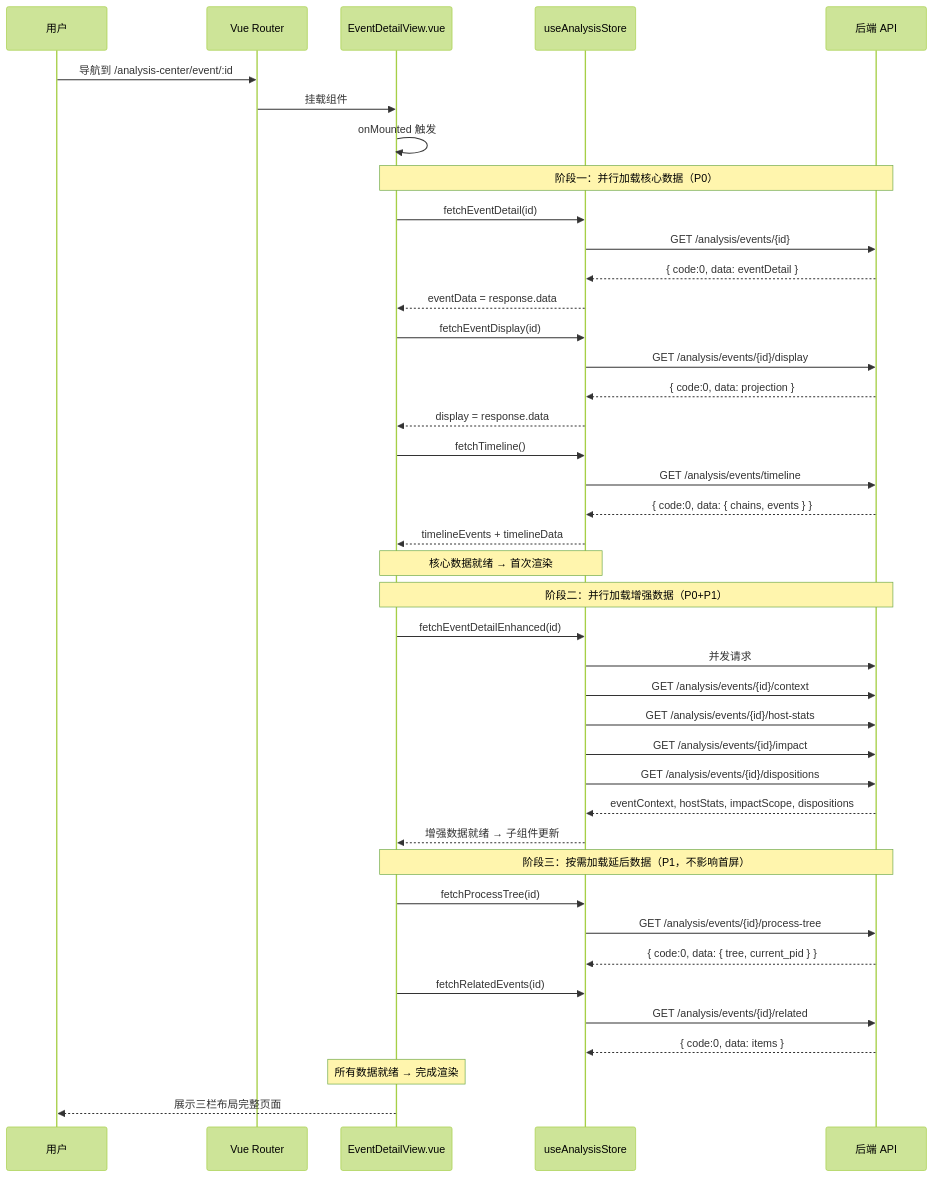
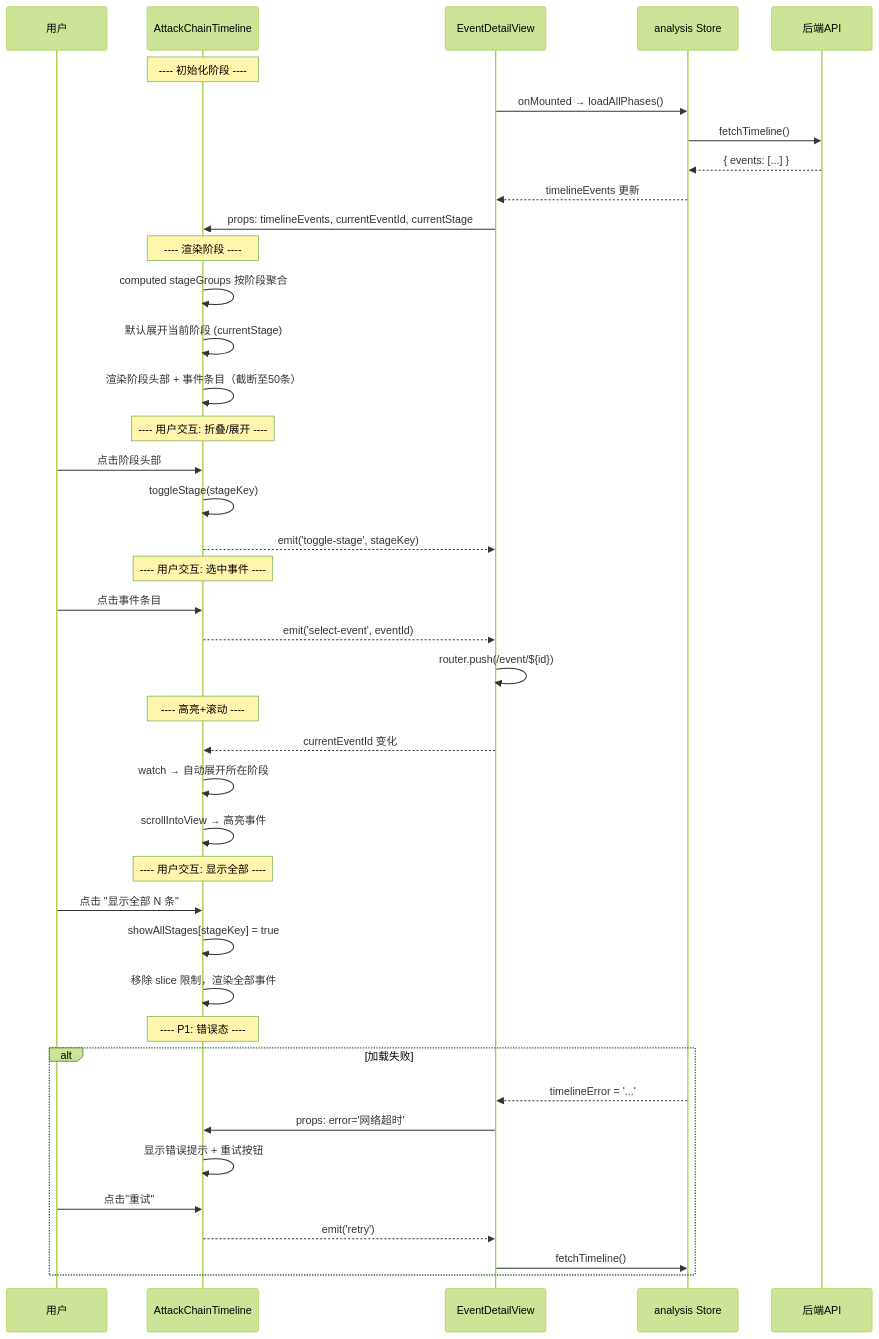
The diagram in docs/sequence-diagram.mermaid (xyz0915/ir-platform), drawn with Mermaid (forest theme) before and after one commit. The commit also changed 6 other files, not shown here.

```diff
--- a/docs/sequence-diagram.mermaid
+++ b/docs/sequence-diagram.mermaid
@@ -1,50 +1,48 @@
 sequenceDiagram
     participant User as 用户
-    participant Router as Vue Router
-    participant EDV as EventDetailView.vue
-    participant Store as useAnalysisStore
-    participant API as 后端 API
+    participant Timeline as AttackChainTimeline
+    participant Parent as EventDetailView
+    participant Store as analysis Store
+    participant API as 后端API
 
-    User->>Router: 导航到 /analysis-center/event/:id
-    Router->>EDV: 挂载组件
-    EDV->>EDV: onMounted 触发
+    Note over Timeline: ---- 初始化阶段 ----
+    Parent->>Store: onMounted → loadAllPhases()
+    Store->>API: fetchTimeline()
+    API-->>Store: { events: [...] }
+    Store-->>Parent: timelineEvents 更新
+    Parent->>Timeline: props: timelineEvents, currentEventId, currentStage
 
-    Note over EDV,API: 阶段一：并行加载核心数据（P0）
-    EDV->>Store: fetchEventDetail(id)
-    Store->>API: GET /analysis/events/{id}
-    API-->>Store: { code:0, data: eventDetail }
-    Store-->>EDV: eventData = response.data
+    Note over Timeline: ---- 渲染阶段 ----
+    Timeline->>Timeline: computed stageGroups 按阶段聚合
+    Timeline->>Timeline: 默认展开当前阶段 (currentStage)
+    Timeline->>Timeline: 渲染阶段头部 + 事件条目（截断至50条）
 
-    EDV->>Store: fetchEventDisplay(id)
-    Store->>API: GET /analysis/events/{id}/display
-    API-->>Store: { code:0, data: projection }
-    Store-->>EDV: display = response.data
+    Note over Timeline: ---- 用户交互: 折叠/展开 ----
+    User->>Timeline: 点击阶段头部
+    Timeline->>Timeline: toggleStage(stageKey)
+    Timeline-->>Parent: emit('toggle-stage', stageKey)
 
-    EDV->>Store: fetchTimeline()
-    Store->>API: GET /analysis/events/timeline
-    API-->>Store: { code:0, data: { chains, events } }
-    Store-->>EDV: timelineEvents + timelineData
+    Note over Timeline: ---- 用户交互: 选中事件 ----
+    User->>Timeline: 点击事件条目
+    Timeline-->>Parent: emit('select-event', eventId)
+    Parent->>Parent: router.push(/event/${id})
 
-    Note over EDV,Store: 核心数据就绪 → 首次渲染
+    Note over Timeline: ---- 高亮+滚动 ----
+    Parent-->>Timeline: currentEventId 变化
+    Timeline->>Timeline: watch → 自动展开所在阶段
+    Timeline->>Timeline: scrollIntoView → 高亮事件
 
-    Note over EDV,API: 阶段二：并行加载增强数据（P0+P1）
-    EDV->>Store: fetchEventDetailEnhanced(id)
-    Store->>API: 并发请求
-    Store->>API: GET /analysis/events/{id}/context
-    Store->>API: GET /analysis/events/{id}/host-stats
-    Store->>API: GET /analysis/events/{id}/impact
-    Store->>API: GET /analysis/events/{id}/dispositions
-    API-->>Store: eventContext, hostStats, impactScope, dispositions
-    Store-->>EDV: 增强数据就绪 → 子组件更新
+    Note over Timeline: ---- 用户交互: 显示全部 ----
+    User->>Timeline: 点击 "显示全部 N 条"
+    Timeline->>Timeline: showAllStages[stageKey] = true
+    Timeline->>Timeline: 移除 slice 限制，渲染全部事件
 
-    Note over EDV,API: 阶段三：按需加载延后数据（P1，不影响首屏）
-    EDV->>Store: fetchProcessTree(id)
-    Store->>API: GET /analysis/events/{id}/process-tree
-    API-->>Store: { code:0, data: { tree, current_pid } }
-
-    EDV->>Store: fetchRelatedEvents(id)
-    Store->>API: GET /analysis/events/{id}/related
-    API-->>Store: { code:0, data: items }
-
-    Note over EDV: 所有数据就绪 → 完成渲染
-    EDV-->>User: 展示三栏布局完整页面
+    Note over Timeline: ---- P1: 错误态 ----
+    alt 加载失败
+        Store-->>Parent: timelineError = '...'
+        Parent->>Timeline: props: error='网络超时'
+        Timeline->>Timeline: 显示错误提示 + 重试按钮
+        User->>Timeline: 点击"重试"
+        Timeline-->>Parent: emit('retry')
+        Parent->>Store: fetchTimeline()
+    end
```
